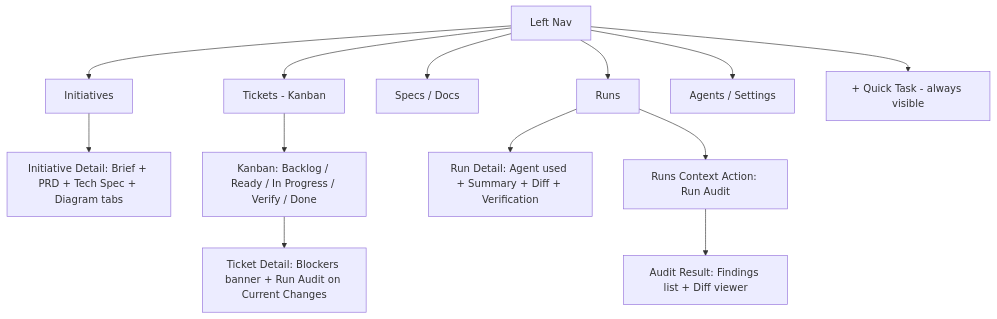
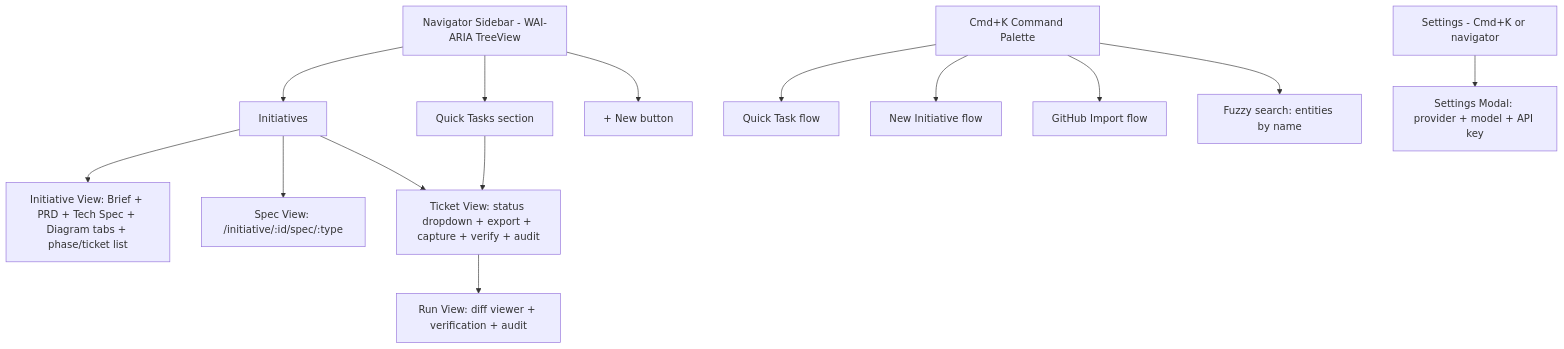
The second of 2 diagrams in docs/workflows.md (mtmitchel/SpecFlow), drawn with Mermaid before and after one commit. The commit also changed other lines of this file and 5 other files, not shown here.

````diff
--- a/docs/workflows.md
+++ b/docs/workflows.md
@@ -144,15 +143,18 @@
 ```mermaid
 graph TD
-    A[Left Nav] --> B[Initiatives]
-    A --> C[Tickets - Kanban]
-    A --> D[Specs / Docs]
-    A --> E[Runs]
-    A --> G[Agents / Settings]
-    A --> H[+ Quick Task - always visible]
-    B --> B1[Initiative Detail: Brief + PRD + Tech Spec + Diagram tabs]
-    C --> C1[Kanban: Backlog / Ready / In Progress / Verify / Done]
-    C1 --> I[Ticket Detail: Blockers banner + Run Audit on Current Changes]
-    E --> E1[Run Detail: Agent used + Summary + Diff + Verification]
-    E --> E2[Runs Context Action: Run Audit]
-    E2 --> E3[Audit Result: Findings list + Diff viewer]
+    Nav[Navigator Sidebar - WAI-ARIA TreeView] --> Initiatives
+    Nav --> QuickTasks[Quick Tasks section]
+    Nav --> NewBtn[+ New button]
+    CmdK[Cmd+K Command Palette] --> QT[Quick Task flow]
+    CmdK --> NI[New Initiative flow]
+    CmdK --> GH[GitHub Import flow]
+    CmdK --> Search[Fuzzy search: entities by name]
+
+    Initiatives --> InitiativeView[Initiative View: Brief + PRD + Tech Spec + Diagram tabs + phase/ticket list]
+    Initiatives --> SpecView[Spec View: /initiative/:id/spec/:type]
+    Initiatives --> TicketView
+    QuickTasks --> TicketView[Ticket View: status dropdown + export + capture + verify + audit]
+    TicketView --> RunView[Run View: diff viewer + verification + audit]
+
+    Settings[Settings - Cmd+K or navigator] --> SettingsModal[Settings Modal: provider + model + API key]
 ```
````
